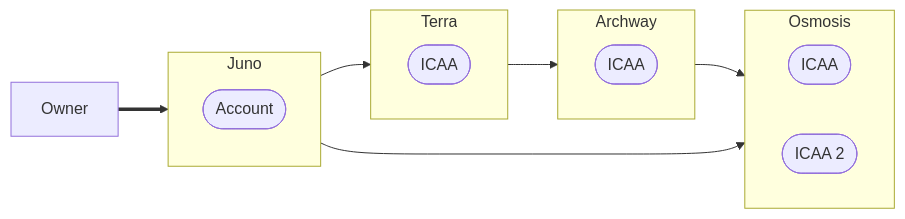
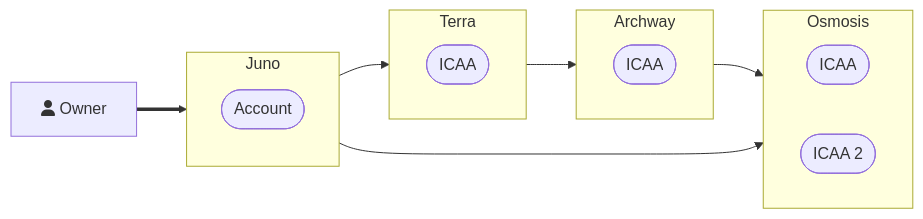
The second of 3 diagrams in framework/docs/src/3_framework/8_ibc.md (AbstractSDK/abstract), drawn with Mermaid before and after one commit. The commit also changed 8 other files, not shown here.

Commit message:
Fix user vs owners and diagrams

````diff
--- a/framework/docs/src/3_framework/8_ibc.md
+++ b/framework/docs/src/3_framework/8_ibc.md
@@ -74,25 +74,25 @@
 ```mermaid
 flowchart LR
     subgraph Juno
         direction BT
         Account([Account])
     end
 
     subgraph Osmosis
         direction LR
         Account --> ICAAOsmo([ICAA])
         ICAAOsmo2([ICAA 2])
     end
 
     subgraph Terra
         direction RL
         Account --> ICAATerra([ICAA])
     end
 
     subgraph Archway
         direction RL
         ICAATerra --> ICAAArch([ICAA])
         ICAAArch --> ICAAOsmo2
     end
-    Owner[Owner] ==> Account
+    Owner[fa:fa-user Owner] ==> Account
 ```
````
